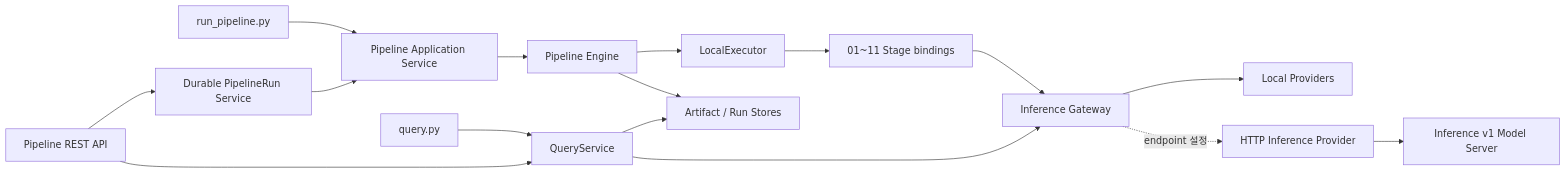
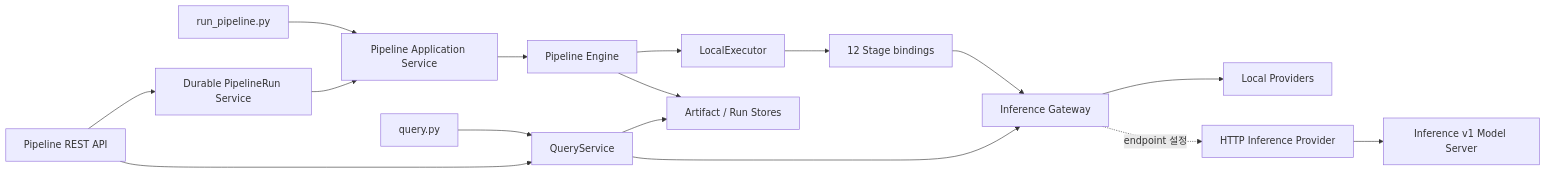
The diagram in README.md (haesookimDev/video-preprocess), drawn with Mermaid before and after one commit. The commit also changed other lines of this file and 8 other files, not shown here.

First line of the commit message:
docs: document optional OCR architecture

````diff
--- a/README.md
+++ b/README.md
@@ -11,18 +11,18 @@
 ```mermaid
 flowchart LR
     CLI[run_pipeline.py] --> APP[Pipeline Application Service]
     API[Pipeline REST API] --> RUNS[Durable PipelineRun Service]
     RUNS --> APP
     APP --> ENGINE[Pipeline Engine]
     ENGINE --> EXECUTOR[LocalExecutor]
-    EXECUTOR --> STAGES[01~11 Stage bindings]
+    EXECUTOR --> STAGES[12 Stage bindings]
     STAGES --> GATEWAY[Inference Gateway]
     GATEWAY --> LOCAL[Local Providers]
     GATEWAY -. endpoint 설정 .-> HTTP[HTTP Inference Provider]
     HTTP --> SERVER[Inference v1 Model Server]
     ENGINE --> STORES[Artifact / Run Stores]
     QCLI[query.py] --> QUERY[QueryService]
     API --> QUERY
     QUERY --> GATEWAY
     QUERY --> STORES
 ```
````
